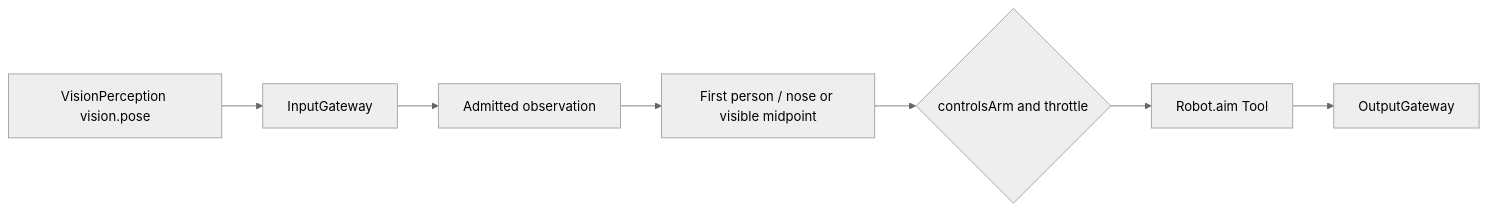
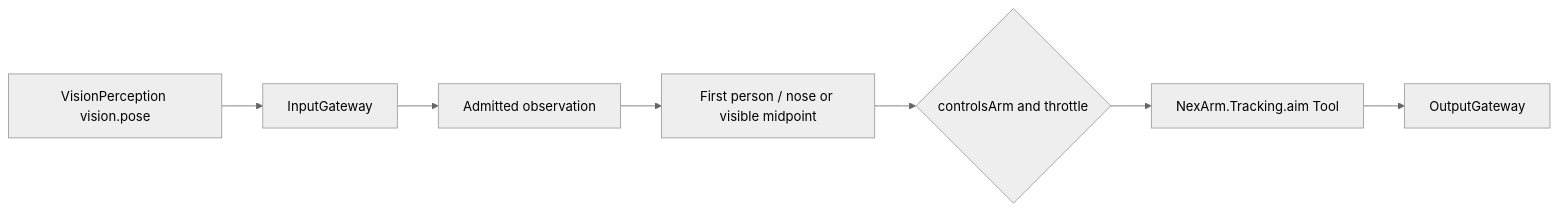
The first of 2 diagrams in MobileHarness/Agents/Photographer/README.md (devilyouwei/MobileHarness), drawn with Mermaid (neutral theme) before and after one commit. The commit also changed other lines of this file and 238 other files, not shown here.

````diff
--- a/MobileHarness/Agents/Photographer/README.md
+++ b/MobileHarness/Agents/Photographer/README.md
@@ -5,9 +5,9 @@
 ```mermaid
 flowchart LR
     Vision[VisionPerception vision.pose] --> Input[InputGateway]
     Input --> Latest[Admitted observation]
     Latest --> Policy[First person / nose or visible midpoint]
     Policy --> Gate{controlsArm and throttle}
-    Gate --> Call[Robot.aim Tool]
+    Gate --> Call[NexArm.Tracking.aim Tool]
     Call --> Output[OutputGateway]
 ```
````
